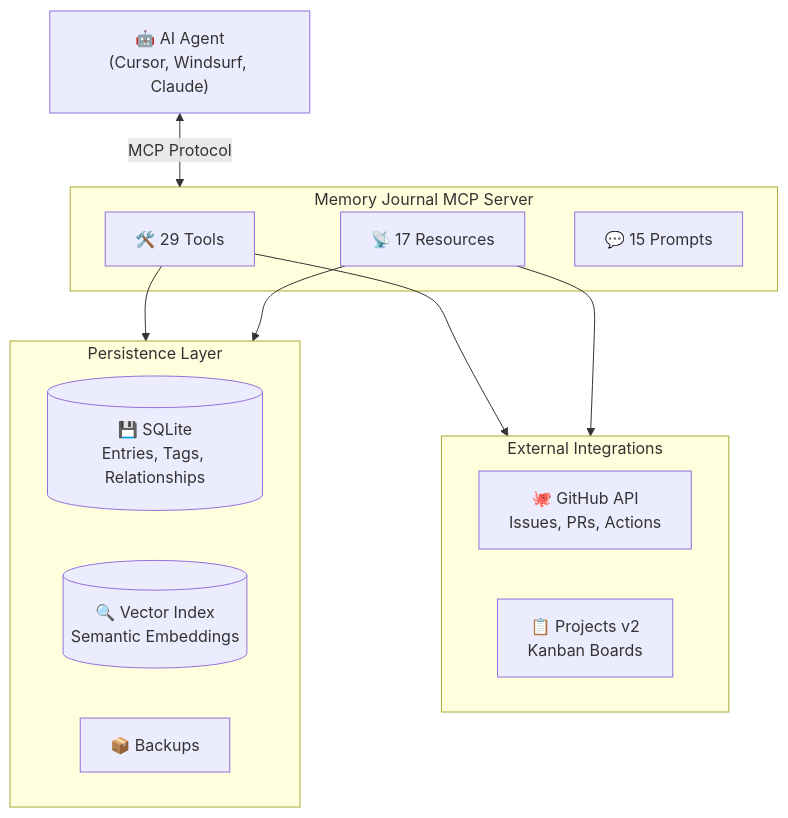
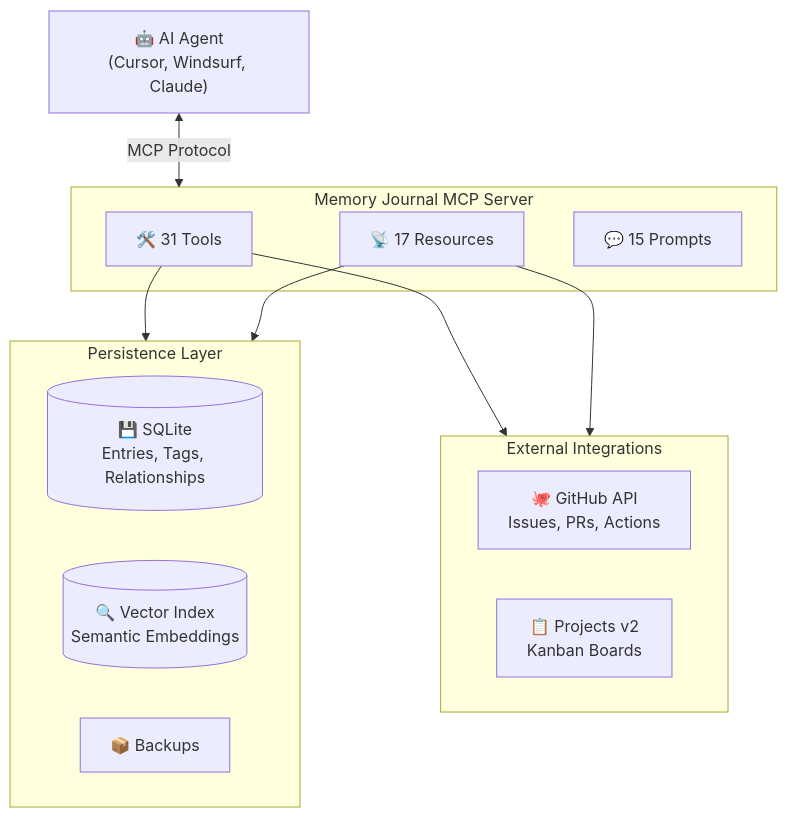
The second of 2 diagrams in README.md (neverinfamous/memory-journal-mcp), drawn with Mermaid before and after one commit. The commit also changed other lines of this file and 1 other file, not shown here.

````diff
--- a/README.md
+++ b/README.md
@@ -373,27 +374,27 @@
 ```mermaid
 flowchart TB
     AI["🤖 AI Agent<br/>(Cursor, Windsurf, Claude)"]
     
     subgraph MCP["Memory Journal MCP Server"]
-        Tools["🛠️ 29 Tools"]
+        Tools["🛠️ 31 Tools"]
         Resources["📡 17 Resources"]
         Prompts["💬 15 Prompts"]
     end
     
     subgraph Storage["Persistence Layer"]
         SQLite[("💾 SQLite<br/>Entries, Tags, Relationships")]
         Vector[("🔍 Vector Index<br/>Semantic Embeddings")]
         Backups["📦 Backups"]
     end
     
     subgraph External["External Integrations"]
         GitHub["🐙 GitHub API<br/>Issues, PRs, Actions"]
         Kanban["📋 Projects v2<br/>Kanban Boards"]
     end
     
     AI <-->|"MCP Protocol"| MCP
     Tools --> Storage
     Tools --> External
     Resources --> Storage
     Resources --> External
 ```
````
